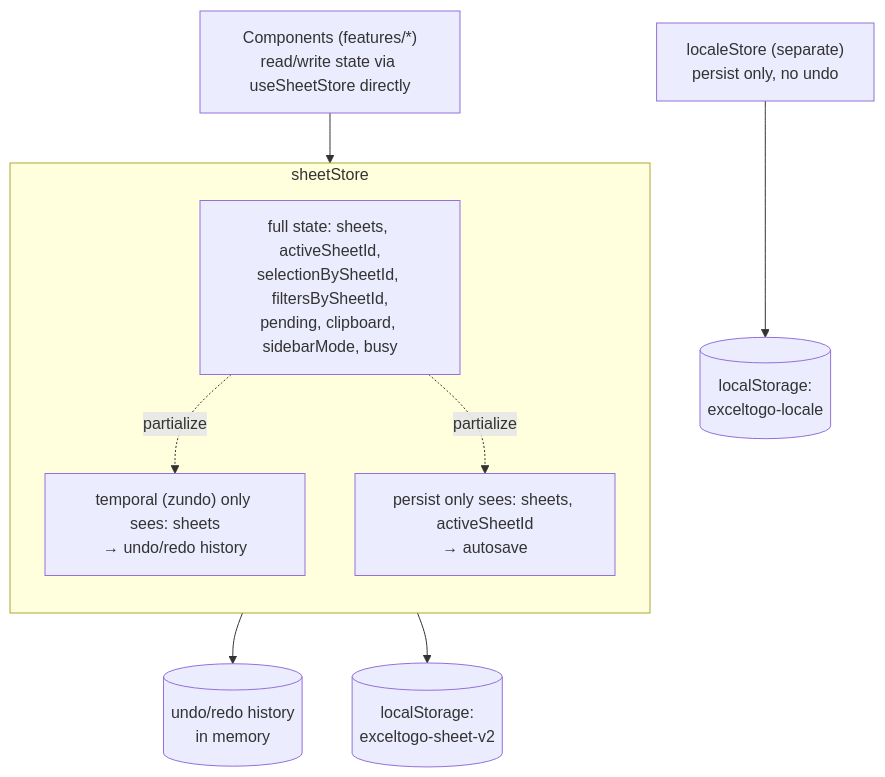
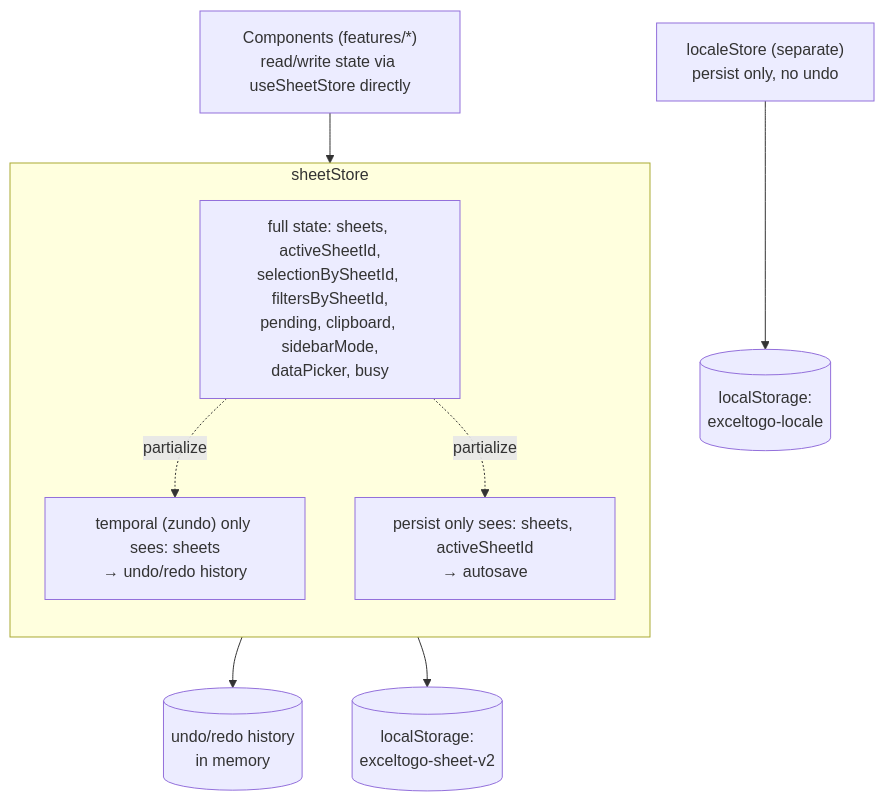
One commit to SuruchBoss/ExcelToGo changed the second of 4 diagrams in README.en.md. Above: the diagram before and after it, drawn with Mermaid. The commit also changed other lines of this file and 1 other file, not shown here.

First line of the commit message:
Document the new live-data UI in both READMEs

````diff
--- a/README.en.md
+++ b/README.en.md
@@ -389,19 +419,19 @@
 ```mermaid
 flowchart TB
     Components["Components (features/*)<br/>read/write state via useSheetStore directly"]
 
     subgraph sheetStore["sheetStore"]
         direction TB
-        Full["full state: sheets, activeSheetId,<br/>selectionBySheetId, filtersBySheetId,<br/>pending, clipboard, sidebarMode, busy"]
+        Full["full state: sheets, activeSheetId,<br/>selectionBySheetId, filtersBySheetId,<br/>pending, clipboard, sidebarMode,<br/>dataPicker, busy"]
         Temporal["temporal (zundo) only sees: sheets<br/>→ undo/redo history"]
         Persist["persist only sees: sheets, activeSheetId<br/>→ autosave"]
     end
 
     Components --> Full
     Full -.->|partialize| Temporal
     Full -.->|partialize| Persist
     Temporal --> History[("undo/redo history<br/>in memory")]
     Persist --> LS[("localStorage:<br/>exceltogo-sheet-v2")]
 
     LocaleStore["localeStore (separate)<br/>persist only, no undo"] --> LS2[("localStorage:<br/>exceltogo-locale")]
 ```
````
